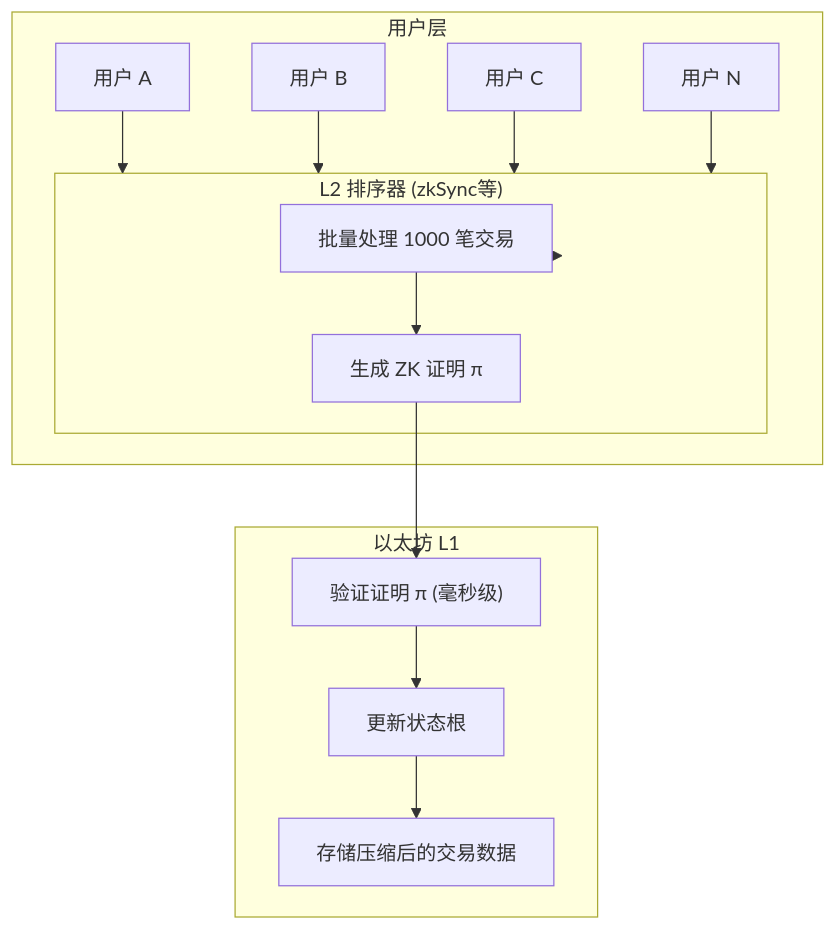
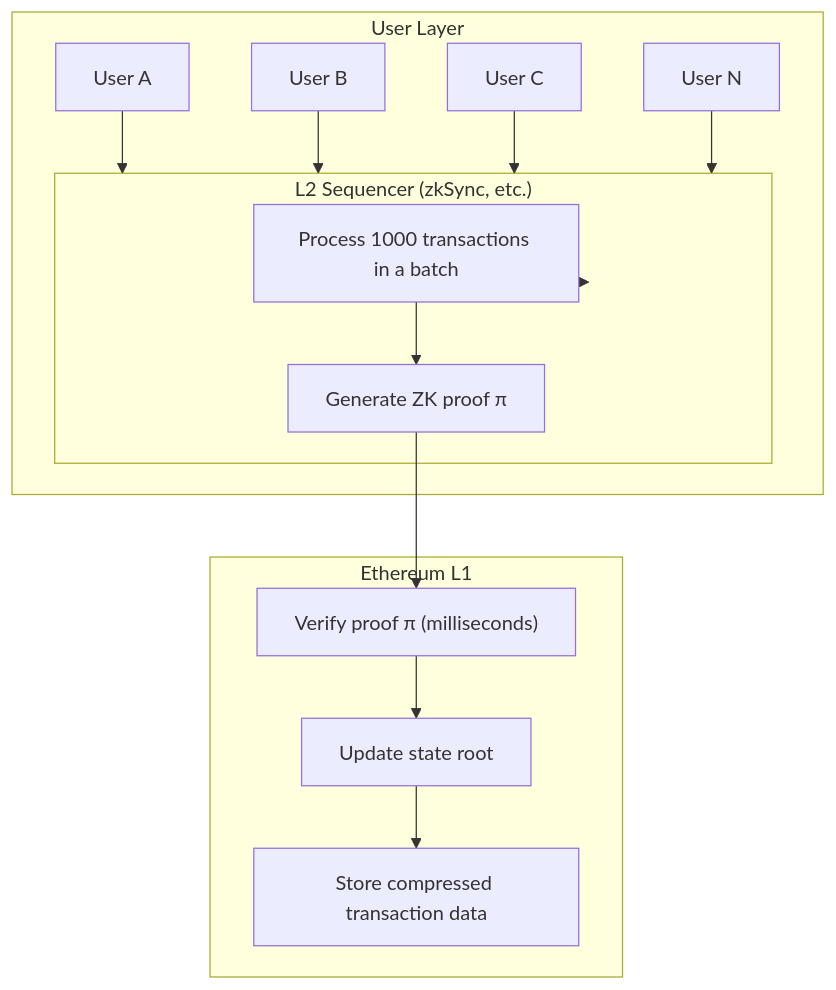
One commit to stars-labs/cryptograph-onboarding-trainning changed the fourth of 4 diagrams in docs/cryptography/zkp.mdx. Above: the diagram before and after it, drawn with Mermaid. The commit also changed other lines of this file and 15 other files, not shown here.

````diff
--- a/docs/cryptography/zkp.mdx
+++ b/docs/cryptography/zkp.mdx
@@ -441,20 +441,20 @@
 ```mermaid
 flowchart TD
-    subgraph Users["用户层"]
-        U1[用户 A] --> L2
-        U2[用户 B] --> L2
-        U3[用户 C] --> L2
-        UN[用户 N] --> L2
+    subgraph Users["User Layer"]
+        U1[User A] --> L2
+        U2[User B] --> L2
+        U3[User C] --> L2
+        UN[User N] --> L2
     end
     
-    subgraph L2["L2 排序器 (zkSync等)"]
-        L2[收集交易] --> BATCH["批量处理 1000 笔交易"]
-        BATCH --> ZK["生成 ZK 证明 π"]
+    subgraph L2["L2 Sequencer (zkSync, etc.)"]
+        L2[Collect Transactions] --> BATCH["Process 1000 transactions in a batch"]
+        BATCH --> ZK["Generate ZK proof π"]
     end
     
-    subgraph L1["以太坊 L1"]
-        ZK --> VERIFY["验证证明 π (毫秒级)"]
-        VERIFY --> UPDATE["更新状态根"]
-        UPDATE --> STORE["存储压缩后的交易数据"]
+    subgraph L1["Ethereum L1"]
+        ZK --> VERIFY["Verify proof π (milliseconds)"]
+        VERIFY --> UPDATE["Update state root"]
+        UPDATE --> STORE["Store compressed transaction data"]
     end
 ```
````
